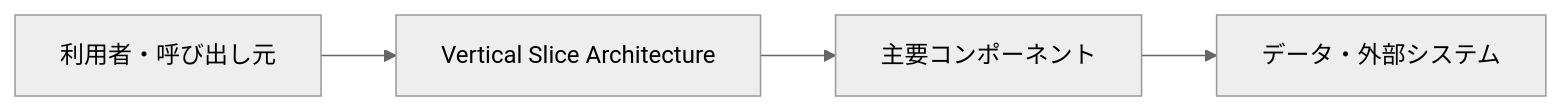
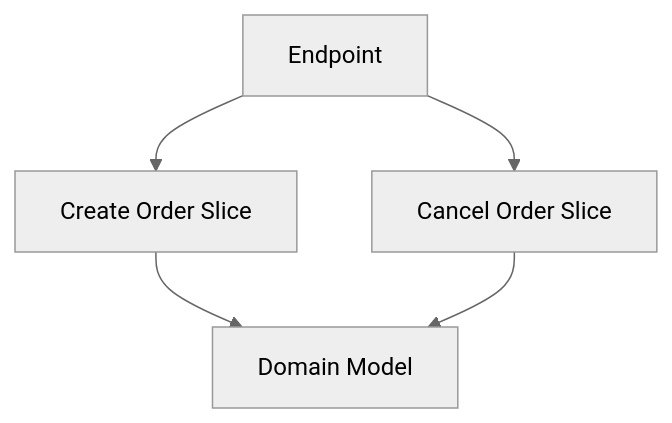
One commit to t-shirayama/architecture-notes changed the diagram in docs/レイヤー・責務分離系/バーティカルスライスアーキテクチャ.md. Above: the diagram before and after it, drawn with Mermaid (neutral theme). The commit also changed other lines of this file and 32 other files, not shown here.

Commit message:
docs: refine remaining architecture notes

````diff
--- a/docs/レイヤー・責務分離系/バーティカルスライスアーキテクチャ.md
+++ b/docs/レイヤー・責務分離系/バーティカルスライスアーキテクチャ.md
@@ -24,6 +28,7 @@
 ```mermaid
-flowchart LR
-    A[利用者・呼び出し元] --> B[Vertical Slice Architecture]
-    B --> C[主要コンポーネント]
-    C --> D[データ・外部システム]
+flowchart TB
+    Endpoint --> SliceA[Create Order Slice]
+    Endpoint --> SliceB[Cancel Order Slice]
+    SliceA --> Domain[Domain Model]
+    SliceB --> Domain
 ```
````
